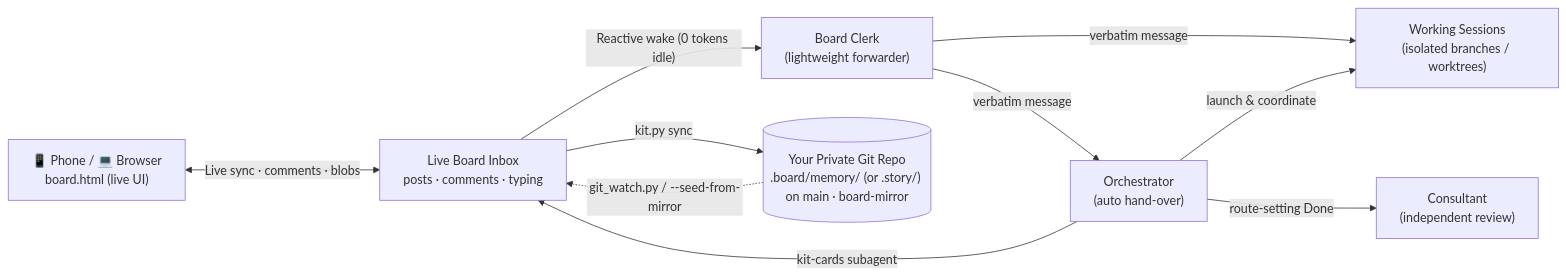
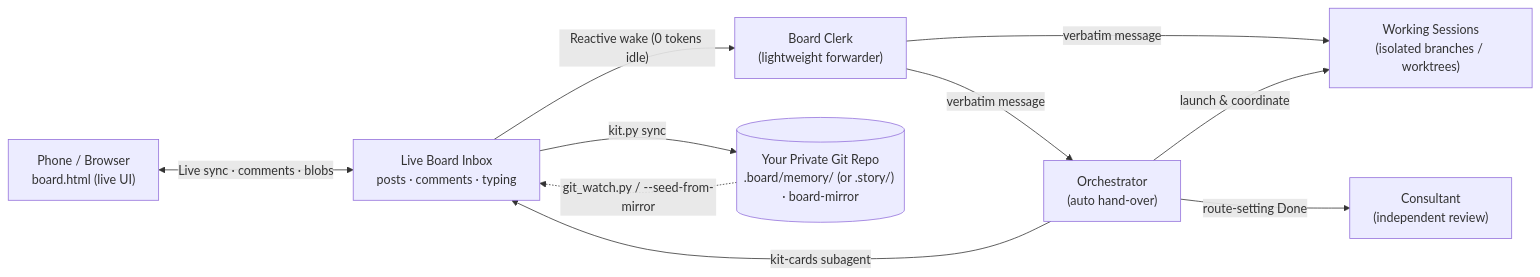
Before and after one commit to anlonlt/board: the diagram in README.md, drawn with Mermaid. The commit also changed other lines of this file and 2 other files, not shown here.

````diff
--- a/README.md
+++ b/README.md
@@ -81,12 +284,12 @@
 ```mermaid
 flowchart LR
-    UI["📱 Phone / 💻 Browser<br/>board.html (live UI)"] <-->|"Live sync · comments · blobs"| Inbox["Live Board Inbox<br/>posts · comments · typing"]
+    UI["Phone / Browser<br/>board.html (live UI)"] <-->|"Live sync · comments · blobs"| Inbox["Live Board Inbox<br/>posts · comments · typing"]
     Inbox -->|"Reactive wake (0 tokens idle)"| Clerk["Board Clerk<br/>(lightweight forwarder)"]
     Clerk -->|"verbatim message"| Orch["Orchestrator<br/>(auto hand-over)"]
     Clerk -->|"verbatim message"| Parts["Working Sessions<br/>(isolated branches / worktrees)"]
     Orch -->|"launch & coordinate"| Parts
     Orch -->|"kit-cards subagent"| Inbox
     Orch -->|"route-setting Done"| Cons["Consultant<br/>(independent review)"]
-    Inbox -->|"kit.py sync"| Git[("Your Private Git Repo<br/>.board/memory/ (or .story/) on main · board-mirror")]
+    Inbox -->|"kit.py sync"| Git[("Your Private Git Repo<br/>.board/memory/ (or .story/) · board-mirror")]
     Git -.->|"git_watch.py / --seed-from-mirror"| Inbox
 ```
````
